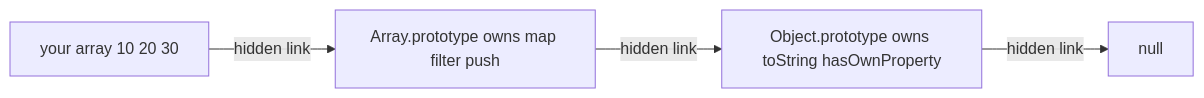
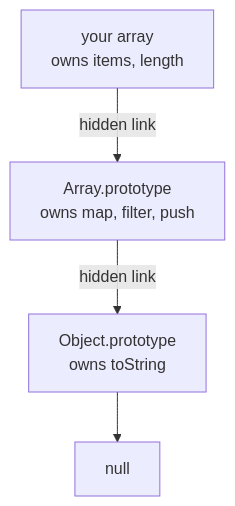
The fourth of 4 diagrams in learn/javascript/07-objects-and-prototypes.md (starjustice/research-material), drawn with Mermaid before and after one commit. The commit also changed other lines of this file, not shown here.

````diff
--- a/learn/javascript/07-objects-and-prototypes.md
+++ b/learn/javascript/07-objects-and-prototypes.md
@@ -149,6 +178,6 @@
 ```mermaid
-graph LR
-    ARR["your array 10 20 30"] -->|hidden link| AP["Array.prototype owns map filter push"]
-    AP -->|hidden link| OP["Object.prototype owns toString hasOwnProperty"]
-    OP -->|hidden link| N["null"]
+graph TB
+    ARR["your array<br/>owns items, length"] -->|hidden link| AP["Array.prototype<br/>owns map, filter, push"]
+    AP -->|hidden link| OP["Object.prototype<br/>owns toString"]
+    OP --> N["null"]
 ```
````
